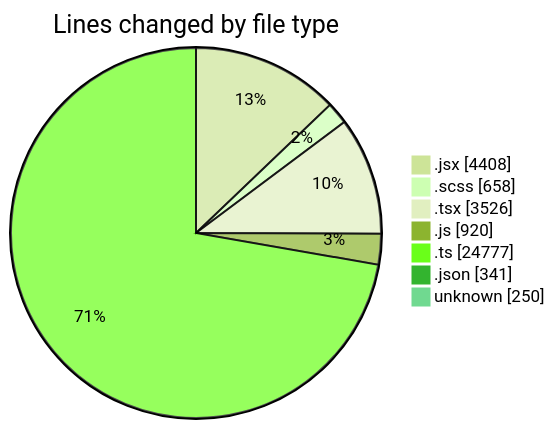
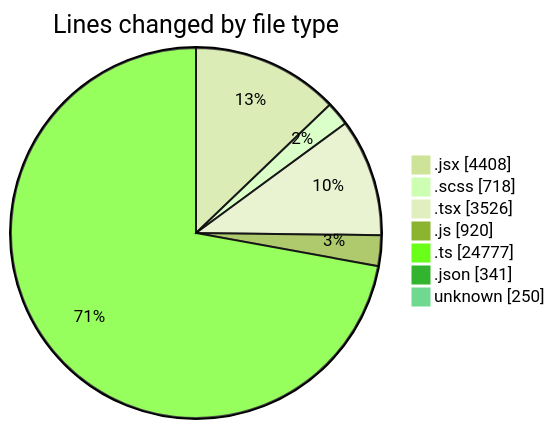
One commit to momahboobian/code-tracking changed the first of 2 diagrams in 2026-09-02/cda/README.md. Above: the diagram before and after it, drawn with Mermaid (forest theme). The commit also changed other lines of this file and 1 other file, not shown here.

````diff
--- a/2026-09-02/cda/README.md
+++ b/2026-09-02/cda/README.md
@@ -78,11 +78,11 @@
 ```mermaid
 pie showData
 title Lines changed by file type
 ".jsx" : 4408
-".scss" : 658
+".scss" : 718
 ".tsx" : 3526
 ".js" : 920
 ".ts" : 24777
 ".json" : 341
 "unknown" : 250
 ```
````
